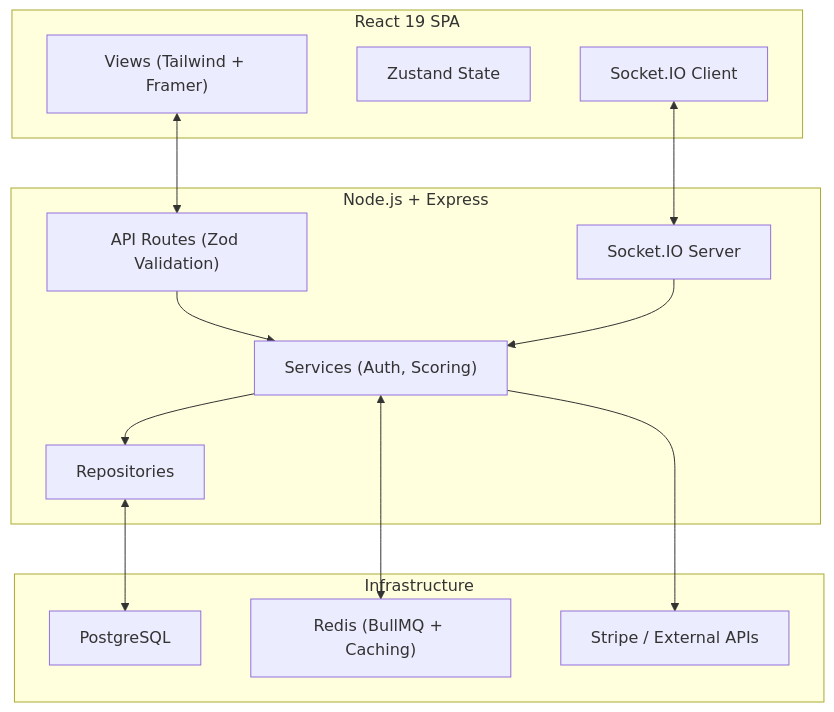
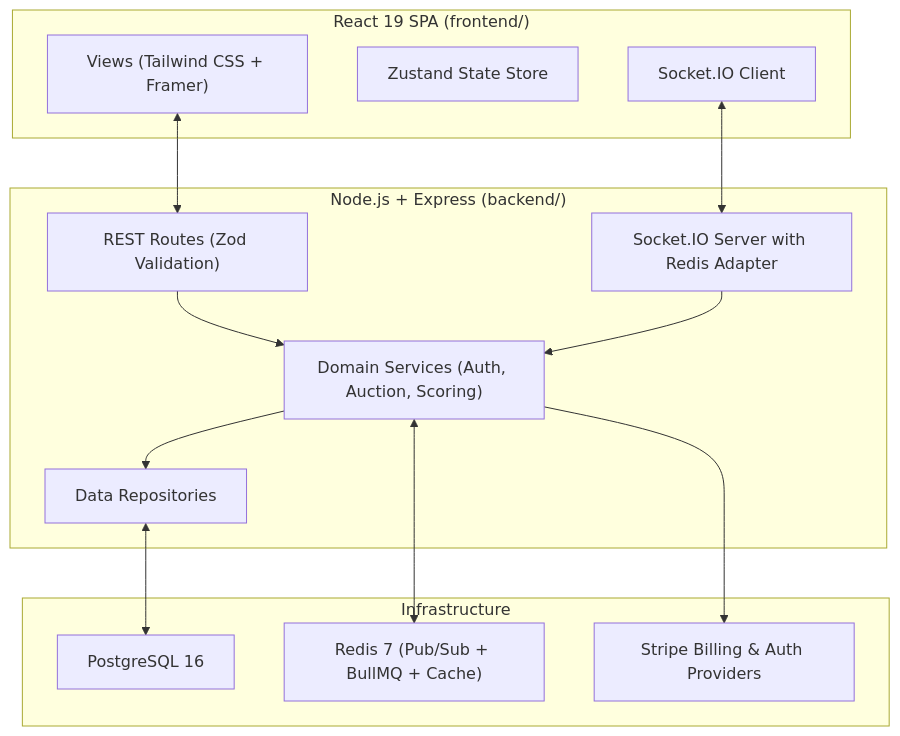
Before and after one commit to themanoj-025/MatchMind: the diagram in README.md, drawn with Mermaid. The commit also changed other lines of this file, not shown here.

````diff
--- a/README.md
+++ b/README.md
@@ -100,30 +62,30 @@
 ```mermaid
 graph TB
-    subgraph Frontend["React 19 SPA"]
-        F1["Views (Tailwind + Framer)"]
-        F2["Zustand State"]
+    subgraph Frontend["React 19 SPA (frontend/)"]
+        F1["Views (Tailwind CSS + Framer)"]
+        F2["Zustand State Store"]
         F3["Socket.IO Client"]
     end
 
-    subgraph Backend["Node.js + Express"]
-        B1["API Routes (Zod Validation)"]
-        B2["Services (Auth, Scoring)"]
-        B3["Repositories"]
-        B4["Socket.IO Server"]
+    subgraph Backend["Node.js + Express (backend/)"]
+        B1["REST Routes (Zod Validation)"]
+        B2["Domain Services (Auth, Auction, Scoring)"]
+        B3["Data Repositories"]
+        B4["Socket.IO Server with Redis Adapter"]
     end
 
     subgraph Infrastructure
-        I1["PostgreSQL"]
-        I2["Redis (BullMQ + Caching)"]
-        I3["Stripe / External APIs"]
+        I1["PostgreSQL 16"]
+        I2["Redis 7 (Pub/Sub + BullMQ + Cache)"]
+        I3["Stripe Billing & Auth Providers"]
     end
 
     F1 <--> B1
     F3 <--> B4
     B1 --> B2
     B2 --> B3
     B4 --> B2
     B3 <--> I1
     B2 <--> I2
     B2 --> I3
 ```
````
